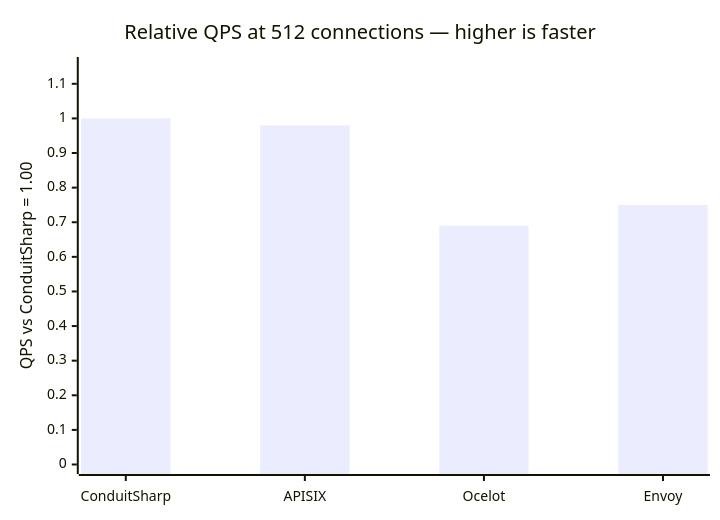
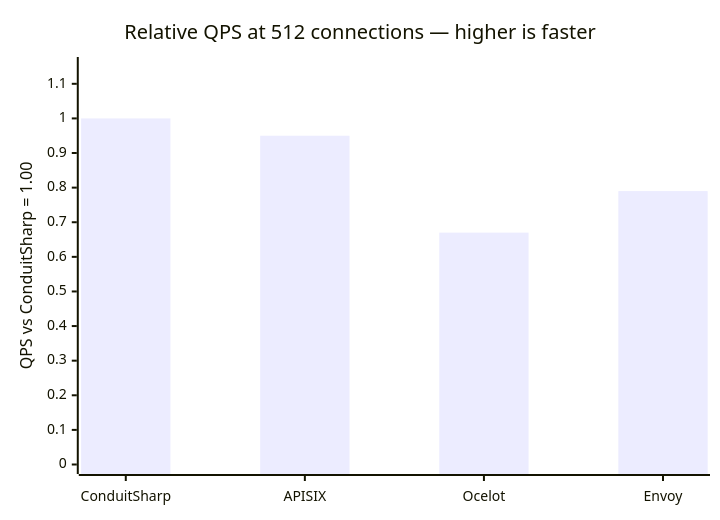
One commit to liqngliz/ConduitSharp changed the third of 9 diagrams in README.md. Above: the diagram before and after it, drawn with Mermaid. The commit also changed other lines of this file and 1 other file, not shown here.

````diff
--- a/README.md
+++ b/README.md
@@ -403,7 +403,7 @@
 ```mermaid
 xychart-beta
     title "Relative QPS at 512 connections — higher is faster"
     x-axis ["ConduitSharp", "APISIX", "Ocelot", "Envoy"]
     y-axis "QPS vs ConduitSharp = 1.00" 0 --> 1.15
-    bar [1.00, 0.98, 0.69, 0.75]
+    bar [1.00, 0.95, 0.67, 0.79]
 ```
````
